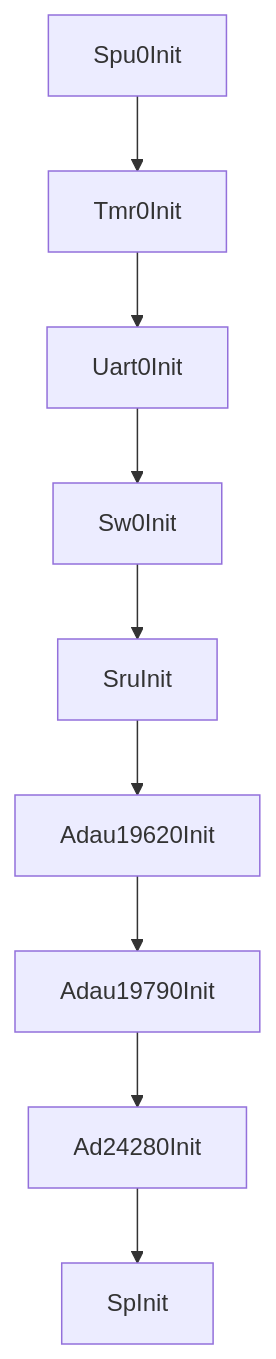
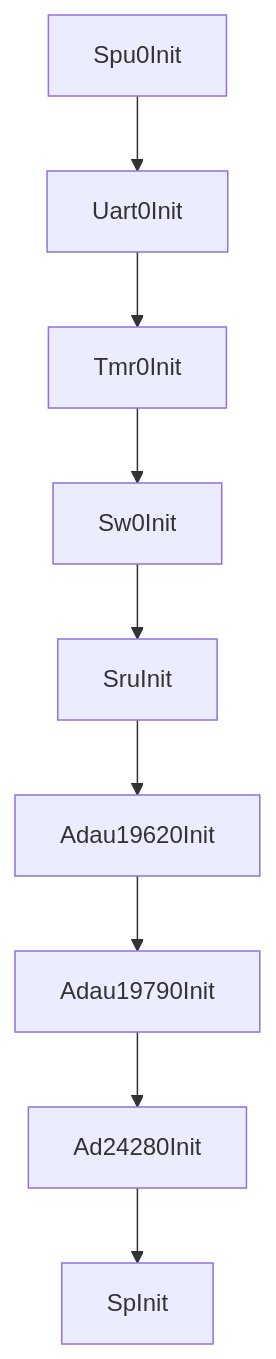
Before and after one commit to liang-nian/adsp21593_framework: the first of 4 diagrams in doc/audio_flow.md, drawn with Mermaid. The commit also changed other lines of this file and 23 other files, not shown here.

````diff
--- a/doc/audio_flow.md
+++ b/doc/audio_flow.md
@@ -15,11 +15,11 @@
 ```mermaid
 flowchart TD
-  A[Spu0Init] --> B[Tmr0Init]
-  B --> C[Uart0Init]
-  C --> D[Sw0Init]
+  A[Spu0Init] --> C[Uart0Init]
+  C --> B[Tmr0Init]
+  B --> D[Sw0Init]
   D --> E[SruInit]
   E --> F[Adau19620Init]
   F --> G[Adau19790Init]
   G --> H[Ad24280Init]
   H --> I[SpInit]
 ```
````
